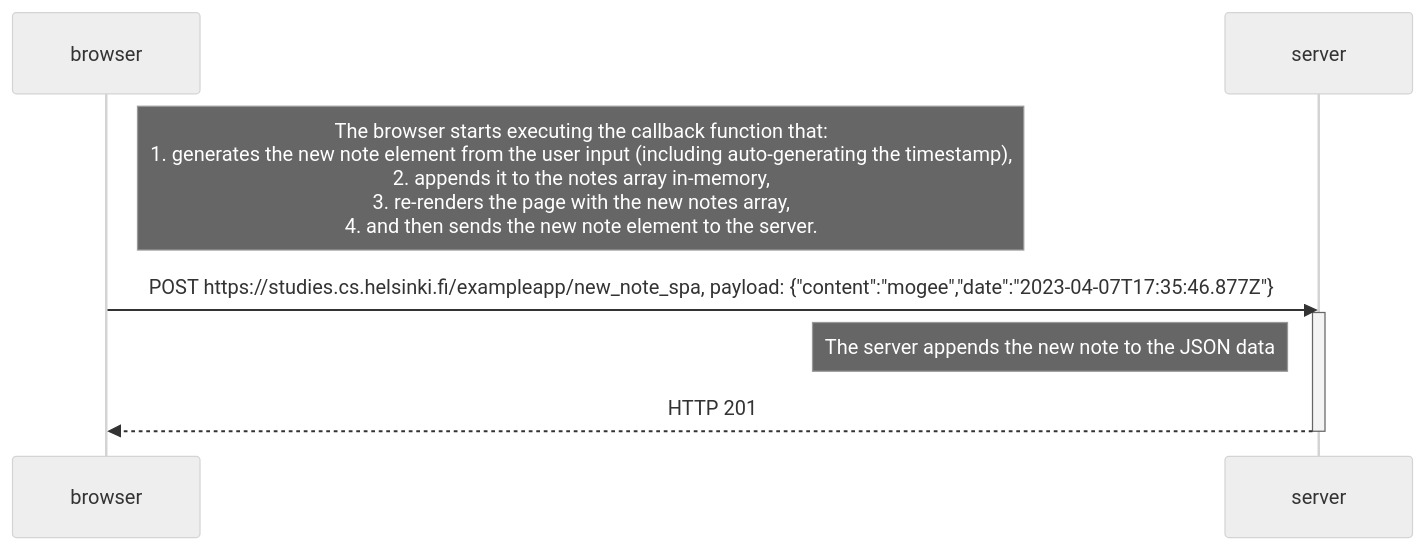
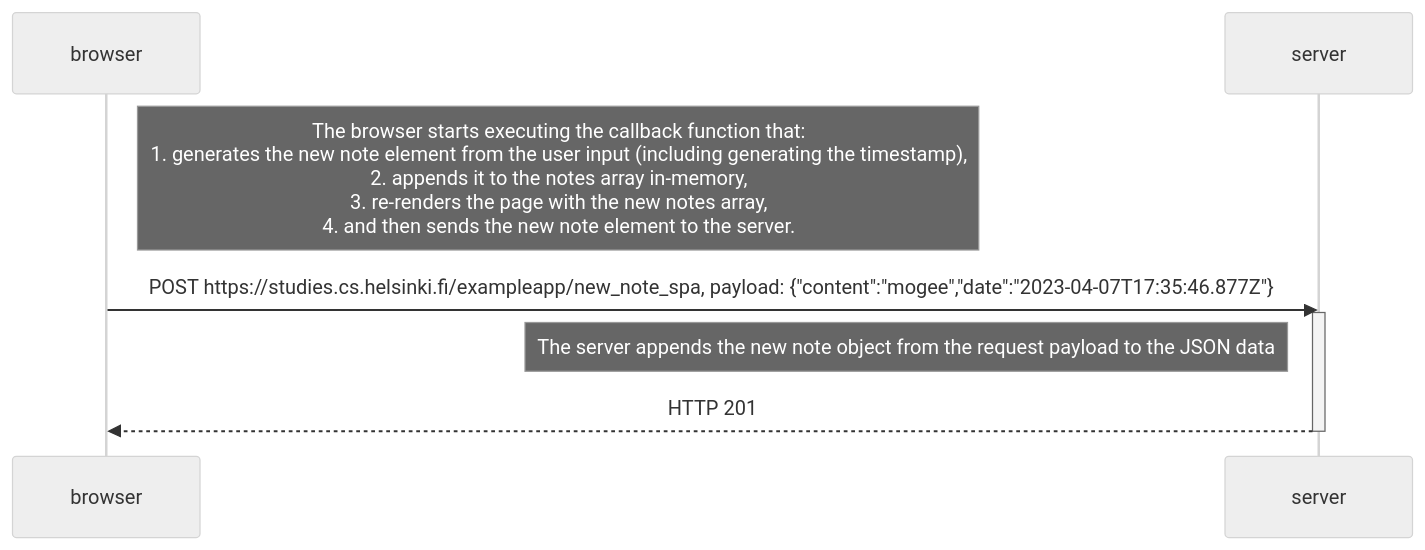
One commit to soumyee29/fullstackopen changed the diagram in Part 0/Exercise 6/sequence.md. Above: the diagram before and after it, drawn with Mermaid (neutral theme).

Commit message:
Improve description of sequence diagram in part 0, Exercise 6.

````diff
--- a/Part 0/Exercise 6/sequence.md
+++ b/Part 0/Exercise 6/sequence.md
@@ -1,13 +1,13 @@
 ```mermaid
 sequenceDiagram
     participant browser
     participant server
 
-    Note right of browser: The browser starts executing the callback function that: <br/> 1. generates the new note element from the user input (including auto-generating the timestamp),<br/> 2. appends it to the notes array in-memory,<br/> 3.  re-renders the page with the new notes array,<br/> 4. and then sends the new note element to the server.
+    Note right of browser: The browser starts executing the callback function that: <br/> 1. generates the new note element from the user input (including generating the timestamp),<br/> 2. appends it to the notes array in-memory,<br/> 3. re-renders the page with the new notes array,<br/> 4. and then sends the new note element to the server.
     browser->>server: POST https://studies.cs.helsinki.fi/exampleapp/new_note_spa, payload: {"content":"mogee","date":"2023-04-07T17:35:46.877Z"}
     activate server
-    Note left of server: The server appends the new note to the JSON data
+    Note left of server: The server appends the new note object from the request payload to the JSON data
     server-->>browser: HTTP 201
     deactivate server
 
 ```
````
